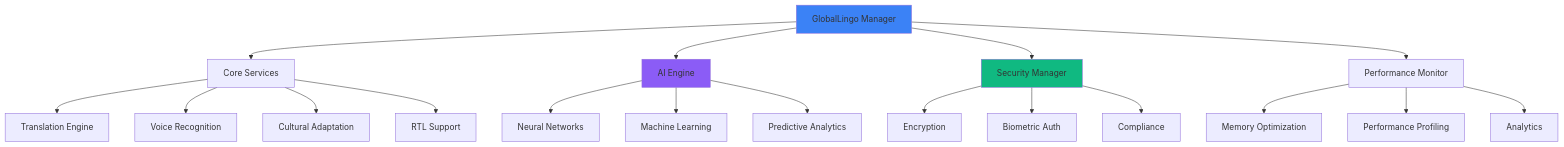
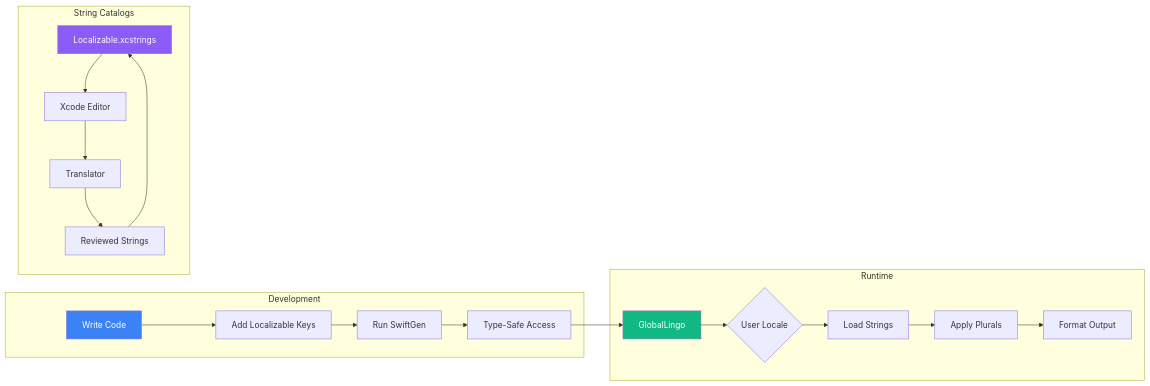
One commit to muhittincamdali/GlobalLingo changed the diagram in README.md. Above: the diagram before and after it, drawn with Mermaid. The commit also changed other lines of this file, not shown here.

````diff
--- a/README.md
+++ b/README.md
@@ -64,28 +79,28 @@
 ```mermaid
-graph TB
-    A[GlobalLingo Manager] --> B[Core Services]
-    A --> C[AI Engine]
-    A --> D[Security Manager]
-    A --> E[Performance Monitor]
+flowchart LR
+    subgraph Development
+        A[Write Code] --> B[Add Localizable Keys]
+        B --> C[Run SwiftGen]
+        C --> D[Type-Safe Access]
+    end
     
-    B --> F[Translation Engine]
-    B --> G[Voice Recognition]
-    B --> H[Cultural Adaptation]
-    B --> I[RTL Support]
+    subgraph String Catalogs
+        E[Localizable.xcstrings] --> F[Xcode Editor]
+        F --> G[Translator]
+        G --> H[Reviewed Strings]
+    end
     
-    C --> J[Neural Networks]
-    C --> K[Machine Learning]
-    C --> L[Predictive Analytics]
+    subgraph Runtime
+        I[GlobalLingo] --> J{User Locale}
+        J --> K[Load Strings]
+        K --> L[Apply Plurals]
+        L --> M[Format Output]
+    end
     
-    D --> M[Encryption]
-    D --> N[Biometric Auth]
-    D --> O[Compliance]
+    D --> I
+    H --> E
     
-    E --> P[Memory Optimization]
-    E --> Q[Performance Profiling]
-    E --> R[Analytics]
-    
-    style A fill:#3B82F6
-    style C fill:#8B5CF6
-    style D fill:#10B981
+    style A fill:#3B82F6,color:#fff
+    style I fill:#10B981,color:#fff
+    style E fill:#8B5CF6,color:#fff
 ```
````
